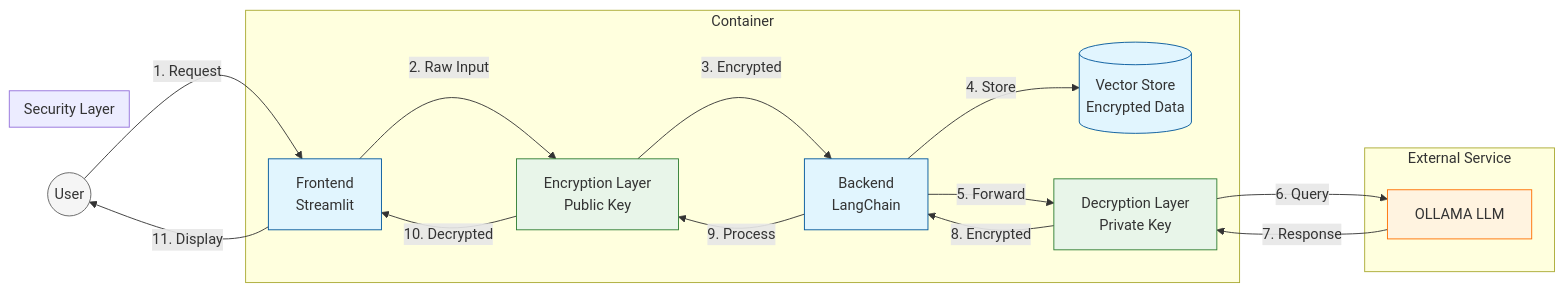
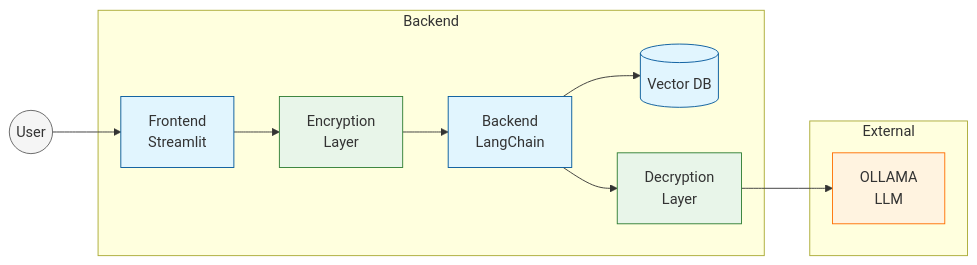
The diagram in README.md (Agentic-OS/Sec-ConvAgent), drawn with Mermaid before and after one commit.

Commit message:
built  Dockerizer versions system Deings

````diff
--- a/README.md
+++ b/README.md
@@ -8,46 +8,31 @@
 ```mermaid
 graph LR
-    %% Components
-    U((User)) --> |1. Request| F[Frontend<br>Streamlit]
-    F --> |2. Raw Input| E[Encryption Layer<br>Public Key]
-    E --> |3. Encrypted| B[Backend<br>LangChain]
-    B --> |4. Store| V[(Vector Store<br>Encrypted Data)]
-    B --> |5. Forward| D[Decryption Layer<br>Private Key]
-    D --> |6. Query| O[OLLAMA LLM]
+    U((User)) --> F[Frontend<br>Streamlit]
+    F --> E[Encryption<br>Layer]
+    E --> B[Backend<br>LangChain]
+    B --> V[(Vector DB)]
+    B --> D[Decryption<br>Layer]
+    D --> O[OLLAMA<br>LLM]
     
-    %% Response Path
-    O --> |7. Response| D
-    D --> |8. Encrypted| B
-    B --> |9. Process| E
-    E --> |10. Decrypted| F
-    F --> |11. Display| U
-    
-    subgraph Container
+    subgraph Backend
         F
         E
         B
+        D
         V
-        D
     end
     
-    subgraph Security Layer
-        E
-        D
-    end
-    
-    subgraph External Service
+    subgraph External
         O
     end
 
     classDef container fill:#e1f5fe,stroke:#01579b
     classDef external fill:#fff3e0,stroke:#ff6f00
     classDef user fill:#f5f5f5,stroke:#616161
     classDef security fill:#e8f5e9,stroke:#2e7d32
-    classDef request stroke:#2196f3,color:#2196f3
-    classDef response stroke:#4caf50,color:#4caf50
     
     class F,B,V container
     class O external
     class U user
     class E,D security
 ```
````
